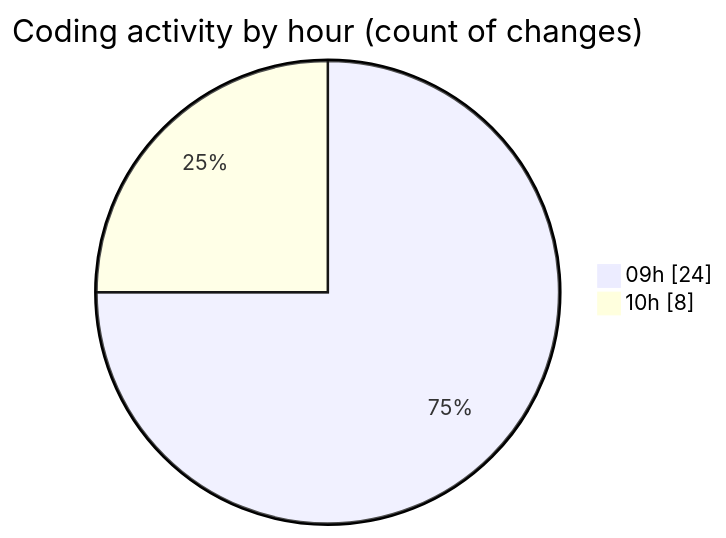
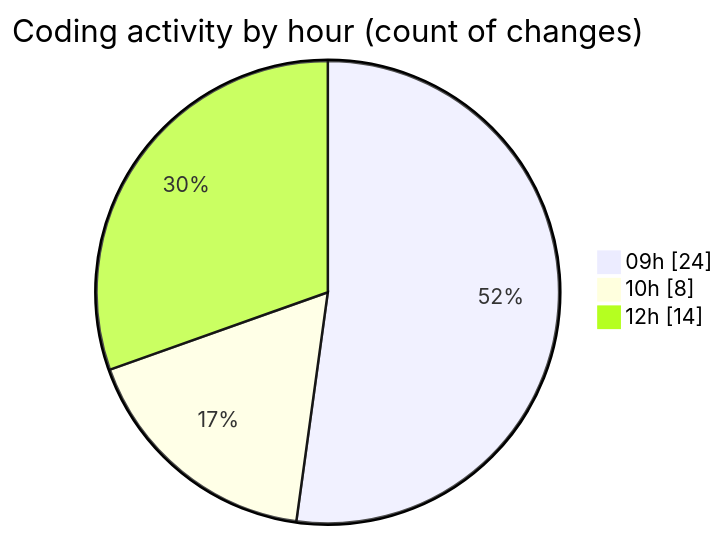
The second of 2 diagrams in 2025-08-18/rentotp/README.md (lephambinh05/code-tracking), drawn with Mermaid before and after one commit. The commit also changed other lines of this file and 1 other file, not shown here.

````diff
--- a/2025-08-18/rentotp/README.md
+++ b/2025-08-18/rentotp/README.md
@@ -42,6 +44,7 @@
 ```mermaid
 pie showData
 title Coding activity by hour (count of changes)
 "09h" : 24
 "10h" : 8
+"12h" : 14
 ```
````
